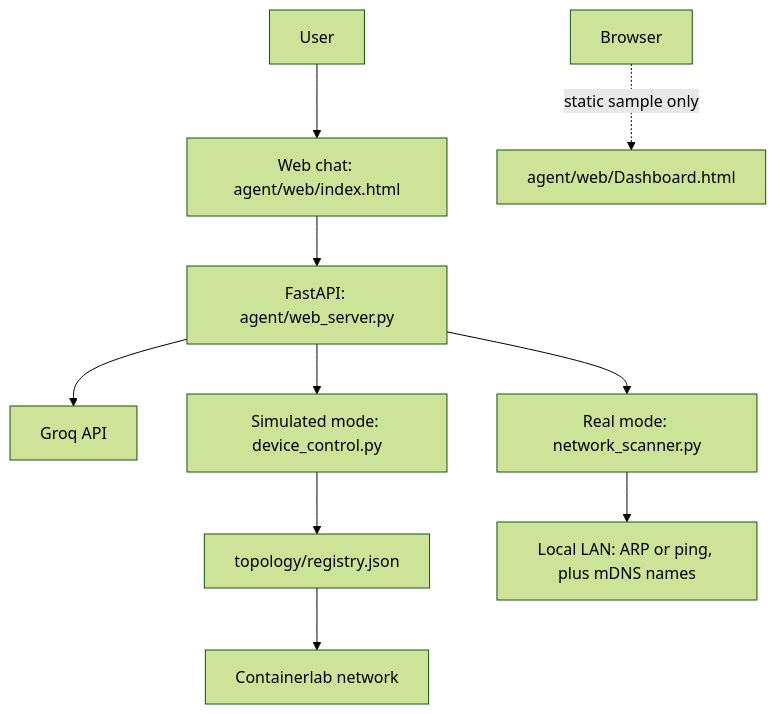
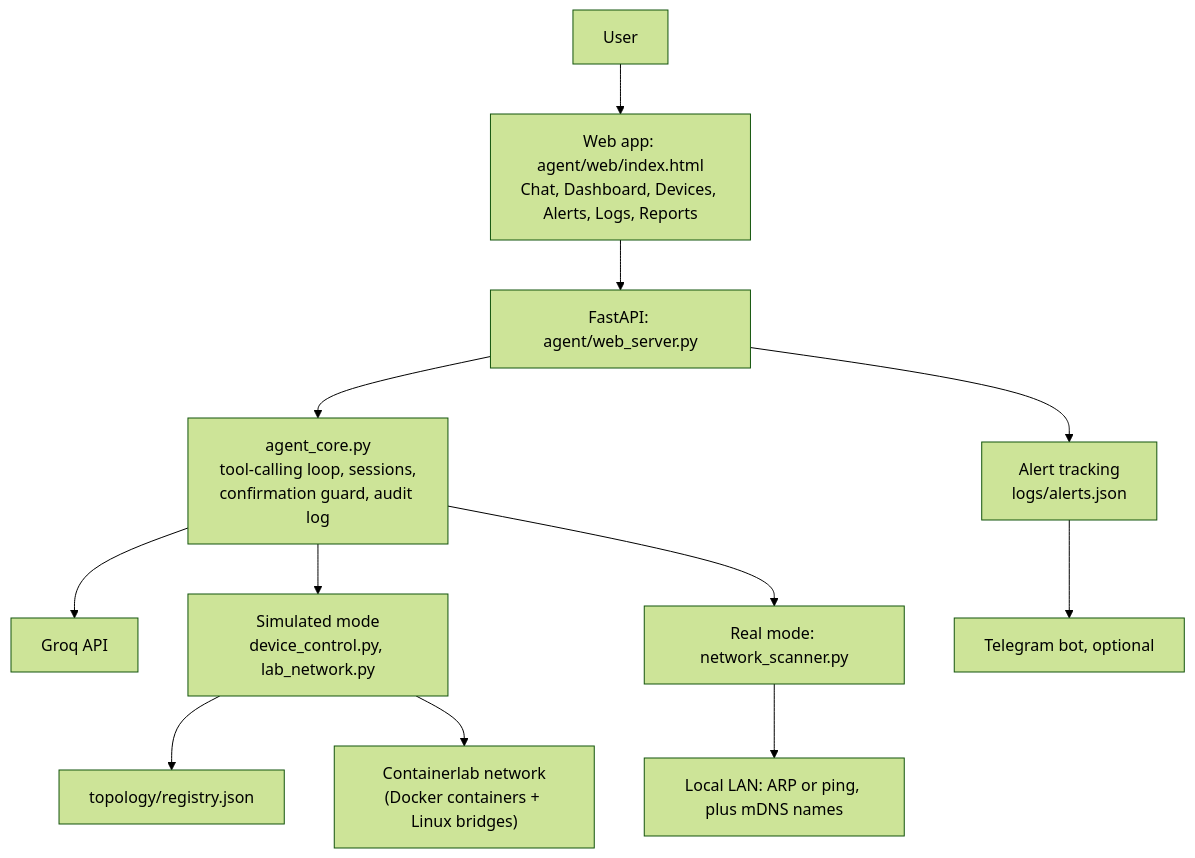
The first of 2 diagrams in README.md (Khaled-Alghmlas/FYP-Netmind), drawn with Mermaid (forest theme) before and after one commit. The commit also changed other lines of this file, not shown here.

````diff
--- a/README.md
+++ b/README.md
@@ -10,12 +32,14 @@
 ```mermaid
 flowchart TD
-    User[User] --> Chat[Web chat: agent/web/index.html]
-    Chat --> API[FastAPI: agent/web_server.py]
-    API --> LLM[Groq API]
-    API --> Sim[Simulated mode: device_control.py]
+    User[User] --> App["Web app: agent/web/index.html<br/>Chat, Dashboard, Devices, Alerts, Logs, Reports"]
+    App --> API["FastAPI: agent/web_server.py"]
+    API --> Core["agent_core.py<br/>tool-calling loop, sessions,<br/>confirmation guard, audit log"]
+    Core --> LLM[Groq API]
+    Core --> Sim["Simulated mode<br/>device_control.py, lab_network.py"]
     Sim --> Registry[topology/registry.json]
-    Registry --> Lab[Containerlab network]
-    API --> Real[Real mode: network_scanner.py]
-    Real --> LAN[Local LAN: ARP or ping, plus mDNS names]
-    Browser[Browser] -. static sample only .-> Dashboard[agent/web/Dashboard.html]
+    Sim --> Lab["Containerlab network<br/>(Docker containers + Linux bridges)"]
+    Core --> Real["Real mode: network_scanner.py"]
+    Real --> LAN["Local LAN: ARP or ping, plus mDNS names"]
+    API --> Alerts["Alert tracking<br/>logs/alerts.json"]
+    Alerts --> TG[Telegram bot, optional]
 ```
````
